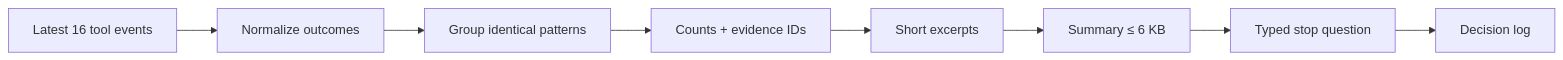
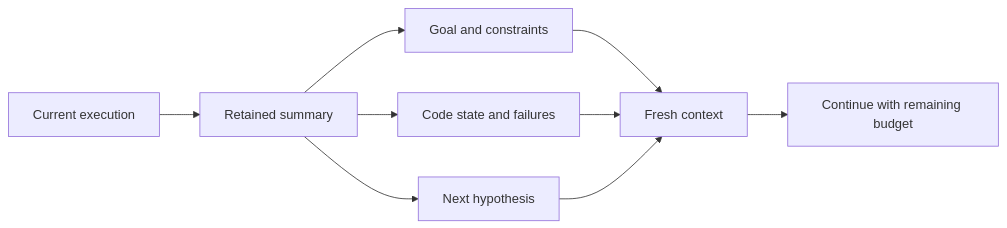
Before and after one commit to jay-waves/comp7607a: the second of 2 diagrams in presentation/slides.md, drawn with Mermaid. The commit also changed other lines of this file and 9 other files, not shown here.

````diff
--- a/presentation/slides.md
+++ b/presentation/slides.md
@@ -124,10 +251,11 @@
 ```mermaid
 flowchart LR
-  A[Latest 16 tool events] --> B[Normalize outcomes]
-  B --> C[Group identical patterns]
-  C --> D[Counts + evidence IDs]
-  D --> E[Short excerpts]
-  E --> F[Summary ≤ 6 KB]
-  F --> G[Typed stop question]
-  G --> H[Decision log]
+  A[Current execution] --> B[Retained summary]
+  B --> C[Goal and constraints]
+  B --> D[Code state and failures]
+  B --> E[Next hypothesis]
+  C --> F[Fresh context]
+  D --> F
+  E --> F
+  F --> G[Continue with remaining budget]
 ```
````
